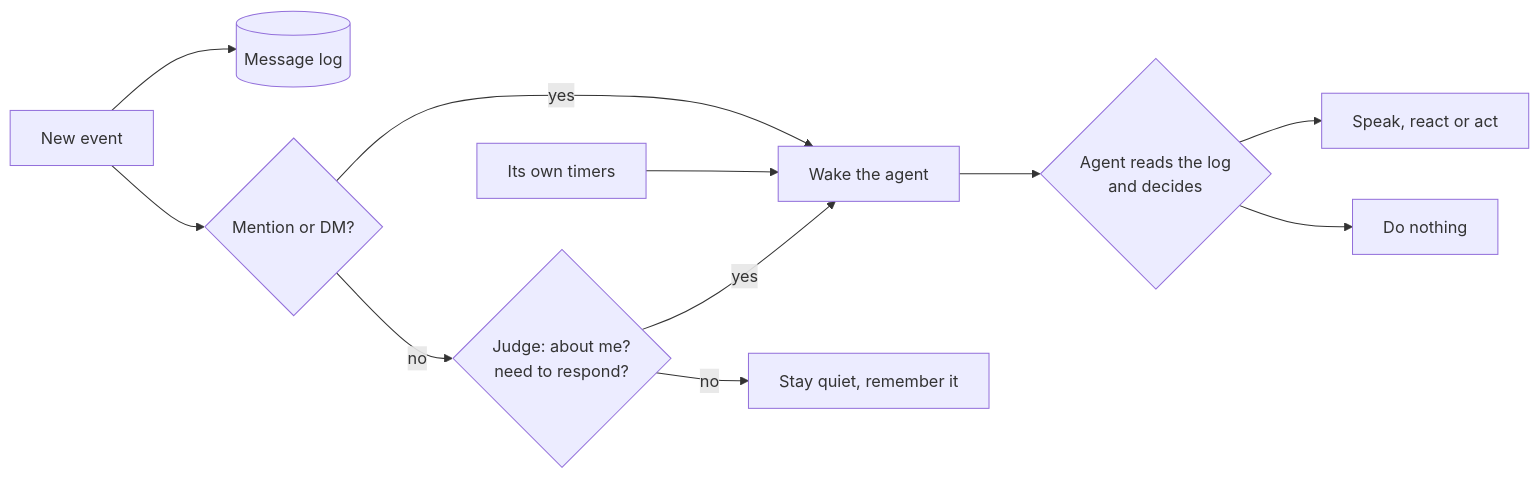
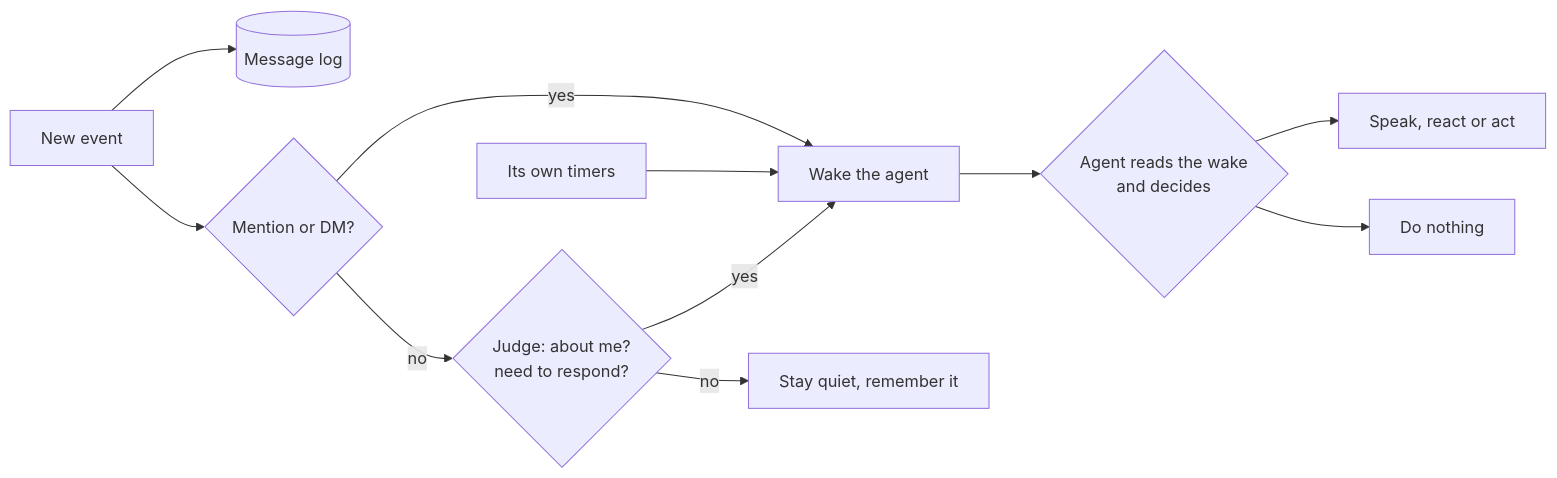
Before and after one commit to Crokily/pi-durable-bot: the first of 2 diagrams in README.md, drawn with Mermaid. The commit also changed other lines of this file and 19 other files, not shown here.

````diff
--- a/README.md
+++ b/README.md
@@ -177,13 +177,13 @@
 ```mermaid
 flowchart LR
   E[New event] --> L[(Message log)]
   E --> M{Mention or DM?}
   M -- yes --> W[Wake the agent]
   M -- no --> J{Judge: about me?<br/>need to respond?}
   J -- yes --> W
   J -- no --> Q[Stay quiet, remember it]
   T[Its own timers] --> W
-  W --> A{Agent reads the log<br/>and decides}
+  W --> A{Agent reads the wake<br/>and decides}
   A --> S[Speak, react or act]
   A --> N[Do nothing]
 ```
````
